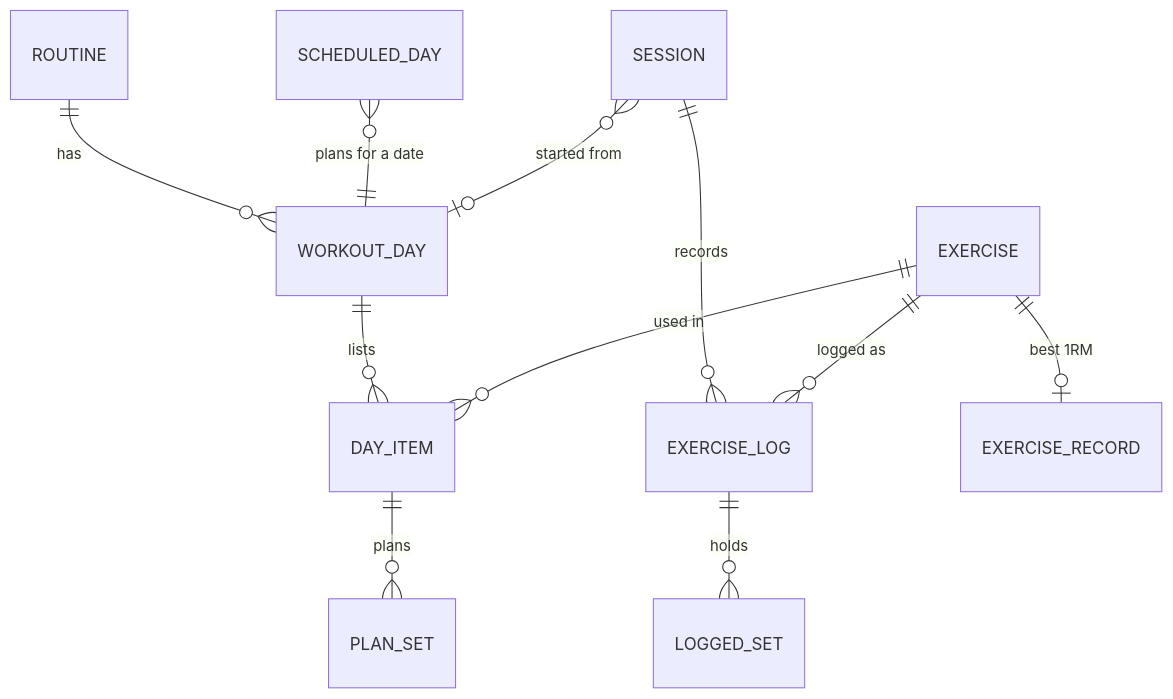
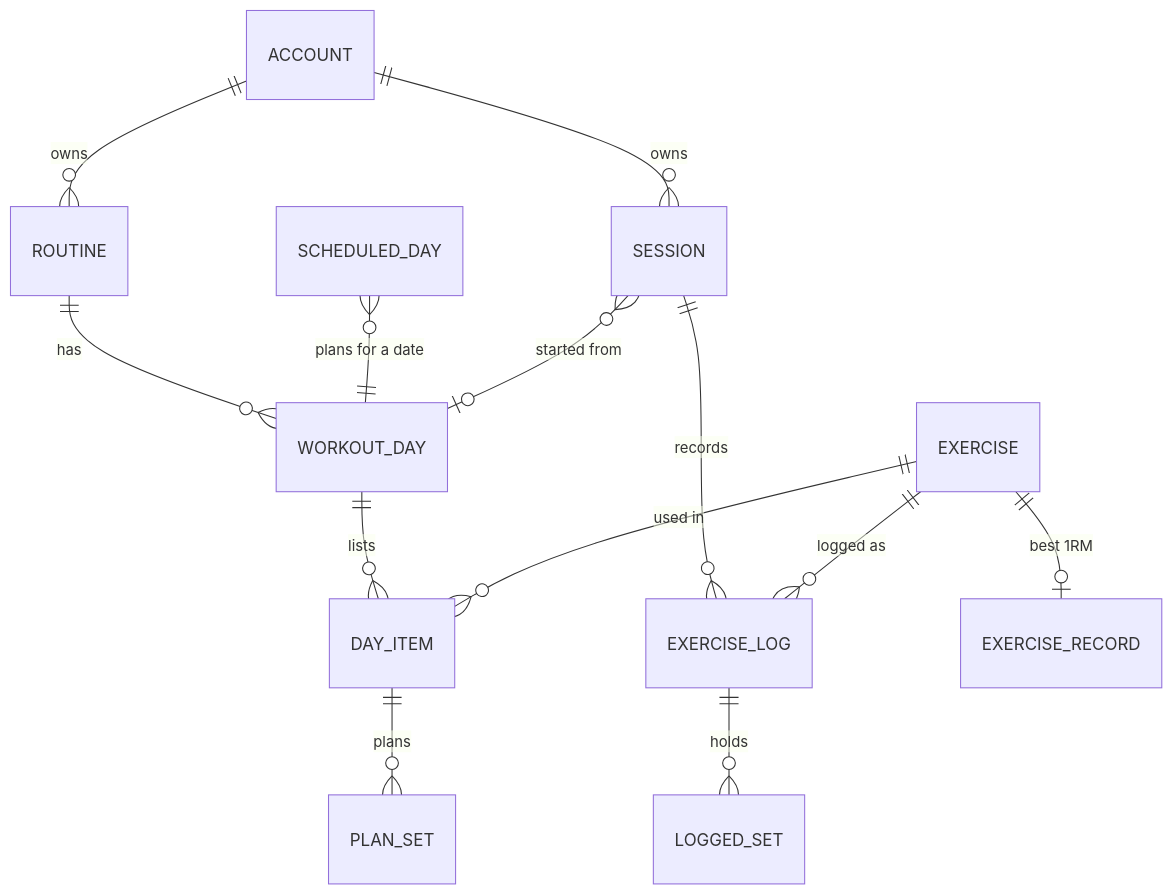
One commit to biruklarebo/veylith changed the seventh of 7 diagrams in docs/features.md. Above: the diagram before and after it, drawn with Mermaid. The commit also changed other lines of this file and 2 other files, not shown here.

````diff
--- a/docs/features.md
+++ b/docs/features.md
@@ -49,13 +121,15 @@
 ```mermaid
 erDiagram
+    ACCOUNT ||--o{ ROUTINE : owns
+    ACCOUNT ||--o{ SESSION : owns
     ROUTINE ||--o{ WORKOUT_DAY : has
     WORKOUT_DAY ||--o{ DAY_ITEM : lists
     DAY_ITEM ||--o{ PLAN_SET : plans
     SCHEDULED_DAY }o--|| WORKOUT_DAY : "plans for a date"
     SESSION }o--o| WORKOUT_DAY : "started from"
     SESSION ||--o{ EXERCISE_LOG : records
     EXERCISE_LOG ||--o{ LOGGED_SET : holds
     EXERCISE ||--o{ DAY_ITEM : "used in"
     EXERCISE ||--o{ EXERCISE_LOG : "logged as"
     EXERCISE ||--o| EXERCISE_RECORD : "best 1RM"
 ```
````
